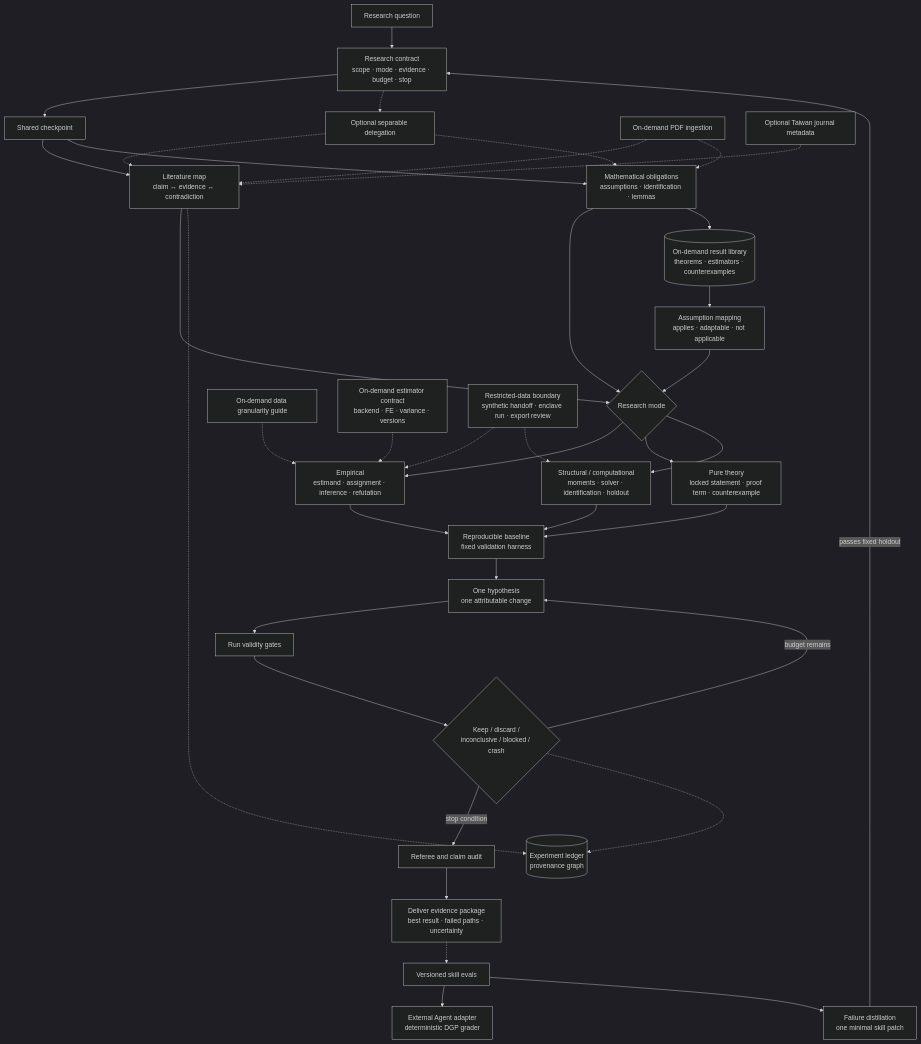
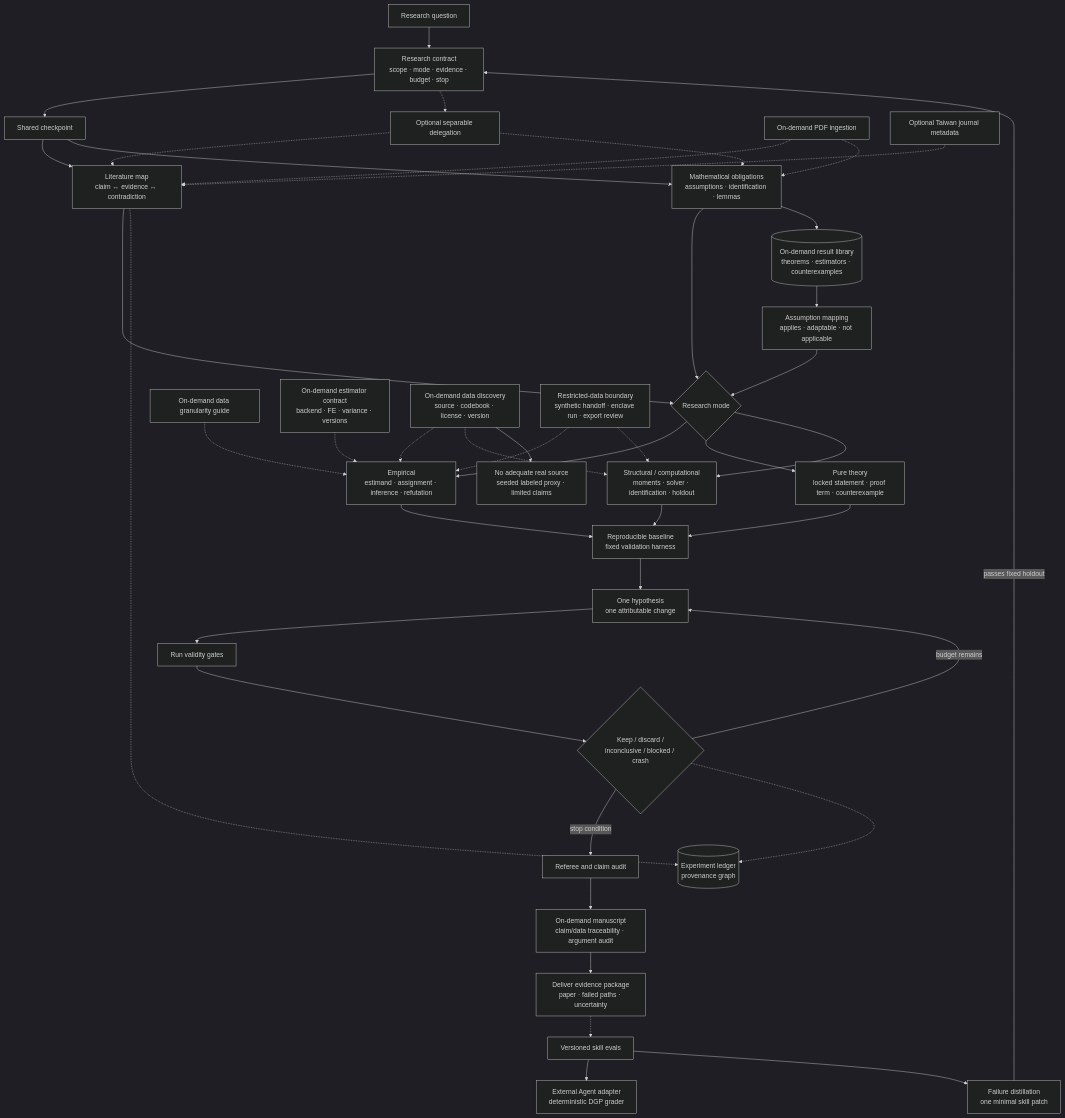
One commit to Tohskcid/econ-research-lab changed the diagram in README.md. Above: the diagram before and after it, drawn with Mermaid (dark theme). The commit also changed other lines of this file and 11 other files, not shown here.

Commit message:
feat: add manuscript and data provenance workflow

````diff
--- a/README.md
+++ b/README.md
@@ -17,44 +17,48 @@
 ```mermaid
 flowchart TD
     Q[Research question] --> C[Research contract<br/>scope · mode · evidence · budget · stop]
     C --> S[Shared checkpoint]
     C -.-> O[Optional separable delegation]
     S --> L[Literature map<br/>claim ↔ evidence ↔ contradiction]
     S --> M[Mathematical obligations<br/>assumptions · identification · lemmas]
     O -.-> L
     O -.-> M
     L --> R{Research mode}
     M --> R
     M --> LIB[(On-demand result library<br/>theorems · estimators · counterexamples)]
     LIB --> MAP[Assumption mapping<br/>applies · adaptable · not applicable]
     MAP --> R
 
     R --> E[Empirical<br/>estimand · assignment · inference · refutation]
     R --> T[Pure theory<br/>locked statement · proof term · counterexample]
     R --> X[Structural / computational<br/>moments · solver · identification · holdout]
 
     PDF[On-demand PDF ingestion] -.-> L
     PDF -.-> M
     GRAN[On-demand data granularity guide] -.-> E
     EST[On-demand estimator contract<br/>backend · FE · variance · versions] -.-> E
+    DATA[On-demand data discovery<br/>source · codebook · license · version] -.-> E
+    DATA -.-> X
+    DATA --> PROXY[No adequate real source<br/>seeded labeled proxy · limited claims]
     SAFE[Restricted-data boundary<br/>synthetic handoff · enclave run · export review] -.-> E
     SAFE -.-> X
     JR[Optional Taiwan journal metadata] -.-> L
 
     E --> B[Reproducible baseline<br/>fixed validation harness]
     T --> B
     X --> B
     B --> H[One hypothesis<br/>one attributable change]
     H --> V[Run validity gates]
     V --> K{Keep / discard /<br/>inconclusive / blocked / crash}
     K -->|budget remains| H
     K -->|stop condition| A[Referee and claim audit]
-    A --> D[Deliver evidence package<br/>best result · failed paths · uncertainty]
+    A --> W[On-demand manuscript<br/>claim/data traceability · argument audit]
+    W --> D[Deliver evidence package<br/>paper · failed paths · uncertainty]
 
     K -.-> P[(Experiment ledger<br/>provenance graph)]
     L -.-> P
     D -.-> EV[Versioned skill evals]
     EV --> DGP[External Agent adapter<br/>deterministic DGP grader]
     EV --> SE[Failure distillation<br/>one minimal skill patch]
     SE -->|passes fixed holdout| C
 ```
````
